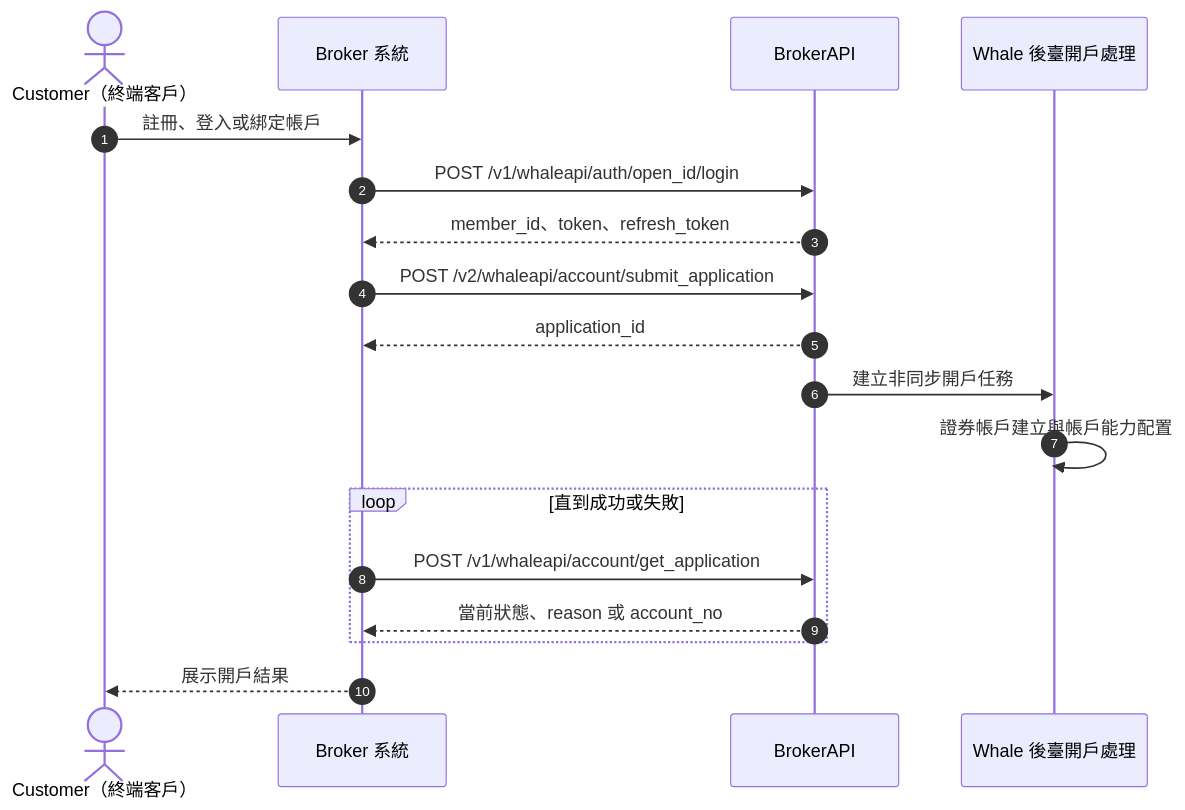
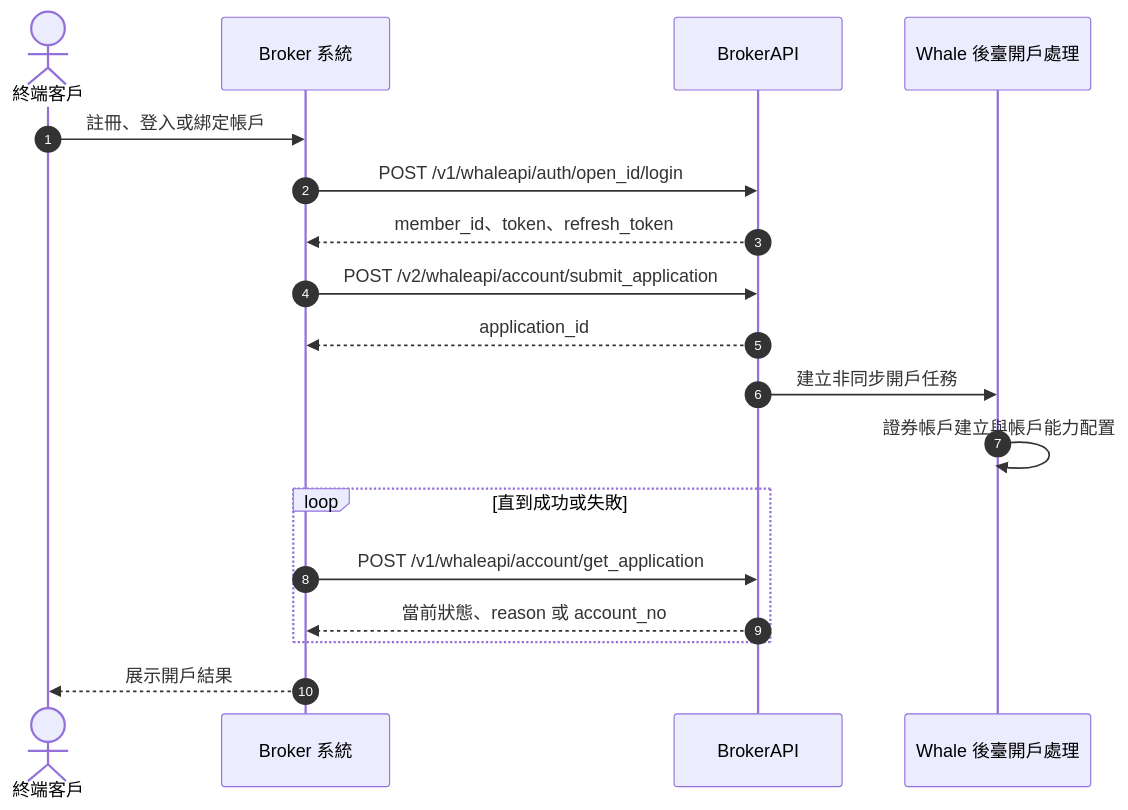
One commit to longbridge/whale-docs changed the first of 2 diagrams in docs/zh-HK/docs/account-opening.mdx. Above: the diagram before and after it, drawn with Mermaid. The commit also changed other lines of this file and 72 other files, not shown here.

````diff
--- a/docs/zh-HK/docs/account-opening.mdx
+++ b/docs/zh-HK/docs/account-opening.mdx
@@ -62,20 +62,20 @@
 ```mermaid
 sequenceDiagram
     autonumber
-    actor Customer as Customer（終端客戶）
+    actor 客戶 as 終端客戶
     participant Broker as Broker 系統
     participant API as BrokerAPI
     participant Ops as Whale 後臺開戶處理
-    Customer->>Broker: 註冊、登入或綁定帳戶
+    客戶->>Broker: 註冊、登入或綁定帳戶
     Broker->>API: POST /v1/whaleapi/auth/open_id/login
     API-->>Broker: member_id、token、refresh_token
     Broker->>API: POST /v2/whaleapi/account/submit_application
     API-->>Broker: application_id
     API->>Ops: 建立非同步開戶任務
     Ops->>Ops: 證券帳戶建立與帳戶能力配置
     loop 直到成功或失敗
         Broker->>API: POST /v1/whaleapi/account/get_application
         API-->>Broker: 當前狀態、reason 或 account_no
     end
-    Broker-->>Customer: 展示開戶結果
+    Broker-->>客戶: 展示開戶結果
 ```
````
